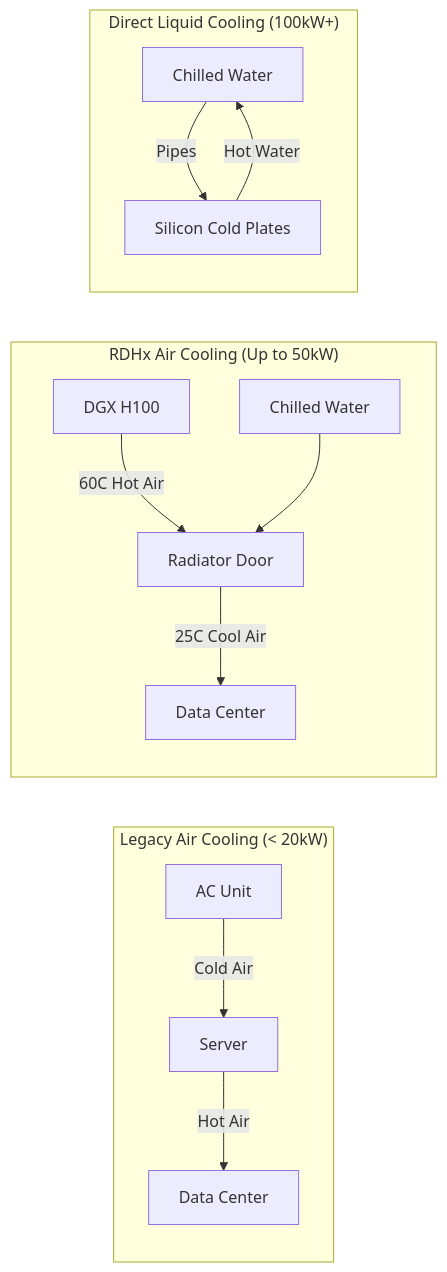
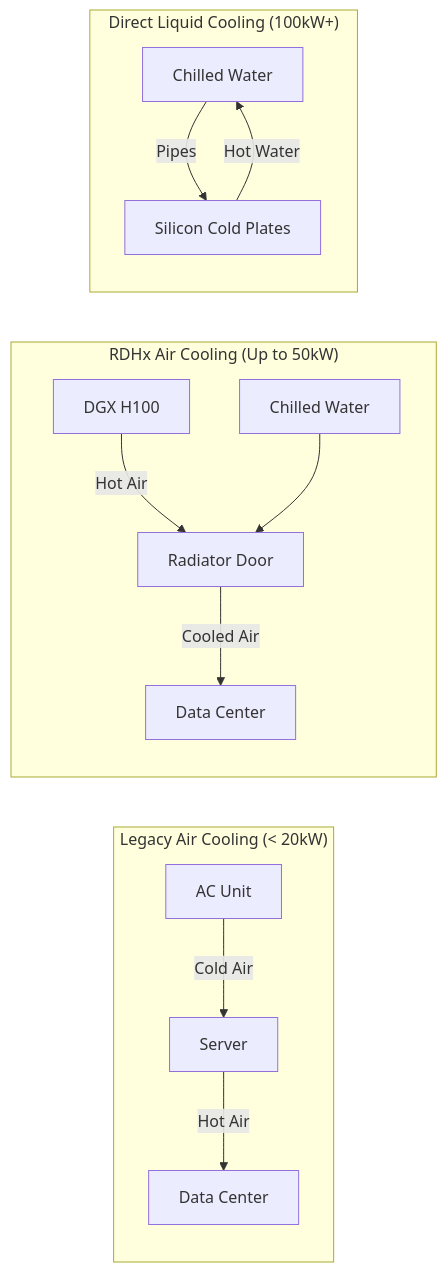
Before and after one commit to jithinpnjm/nvidia-devops: the diagram in docs/nvidia-zero-to-hero/volume-05/chapter-04-power-cooling-and-rack-readiness.md, drawn with Mermaid. The commit also changed other lines of this file and 289 other files, not shown here.

````diff
--- a/docs/nvidia-zero-to-hero/volume-05/chapter-04-power-cooling-and-rack-readiness.md
+++ b/docs/nvidia-zero-to-hero/volume-05/chapter-04-power-cooling-and-rack-readiness.md
@@ -57,18 +57,18 @@
 ```mermaid
 flowchart LR
     subgraph "Legacy Air Cooling (< 20kW)"
         CRAC[AC Unit] -->|Cold Air| ServerA[Server]
         ServerA -->|Hot Air| Room[Data Center]
     end
     
     subgraph "RDHx Air Cooling (Up to 50kW)"
-        ServerB[DGX H100] -->|60C Hot Air| RDHx[Radiator Door]
+        ServerB[DGX H100] -->|Hot Air| RDHx[Radiator Door]
         CDU_A[Chilled Water] --> RDHx
-        RDHx -->|25C Cool Air| Room2[Data Center]
+        RDHx -->|Cooled Air| Room2[Data Center]
     end
     
     subgraph "Direct Liquid Cooling (100kW+)"
         CDU_B[Chilled Water] -->|Pipes| Plates[Silicon Cold Plates]
         Plates -->|Hot Water| CDU_B
     end
 ```
````
